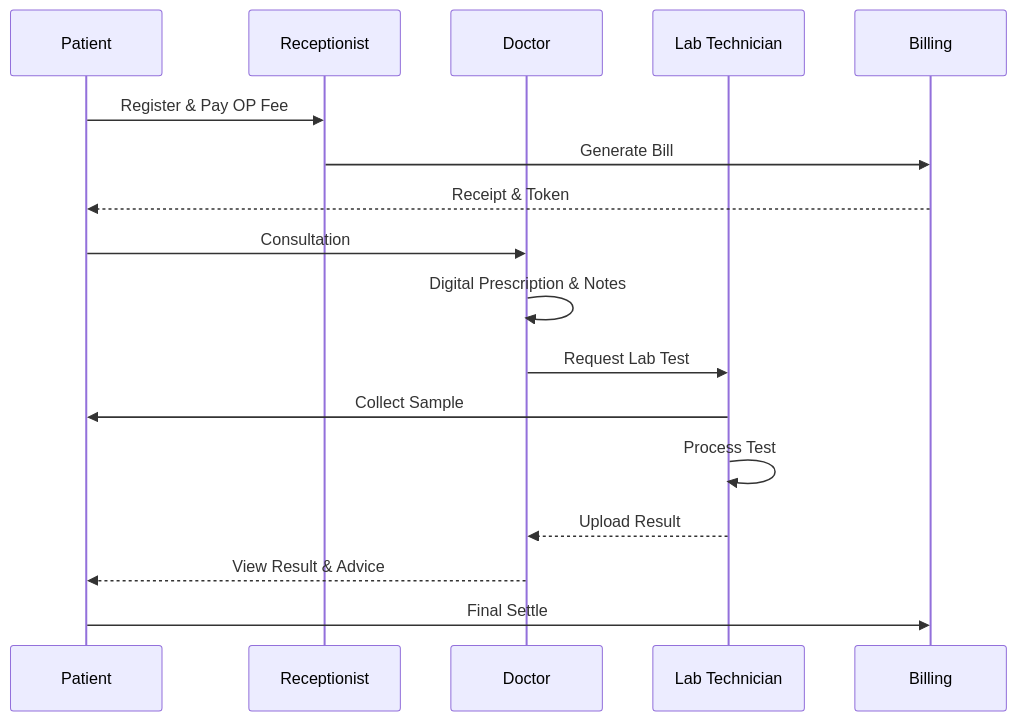
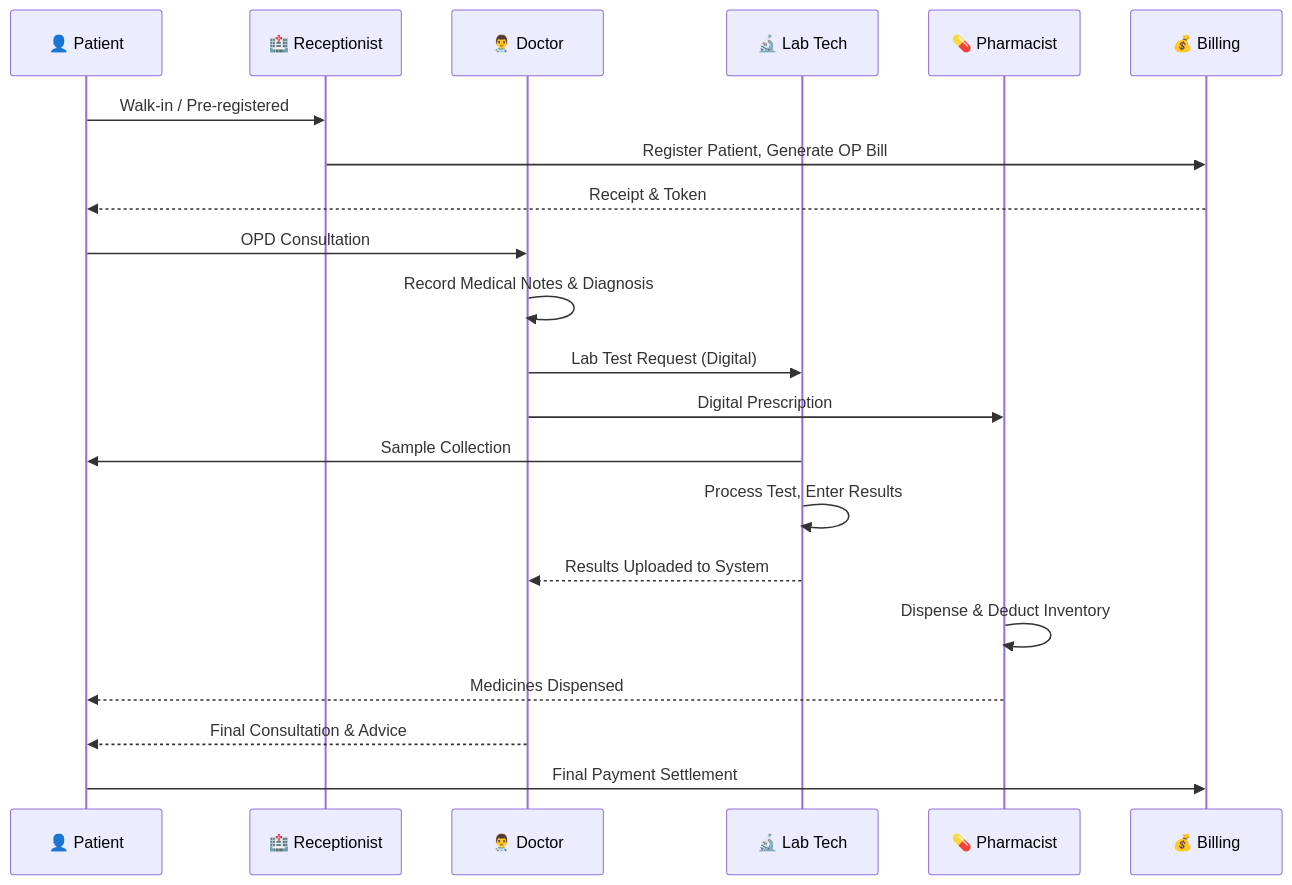
Before and after one commit to prawinkumar2k/server_hms: the third of 6 diagrams in README.md, drawn with Mermaid. The commit also changed other lines of this file, not shown here.

Commit message:
docs: rewrite README with elite production-grade documentation, architecture diagrams, and demo section

````diff
--- a/README.md
+++ b/README.md
@@ -103,20 +142,24 @@
 ```mermaid
 sequenceDiagram
-    participant P as Patient
-    participant R as Receptionist
-    participant D as Doctor
-    participant L as Lab Technician
-    participant B as Billing
+    participant P as 👤 Patient
+    participant R as 🏥 Receptionist
+    participant D as 👨‍⚕️ Doctor
+    participant L as 🔬 Lab Tech
+    participant Ph as 💊 Pharmacist
+    participant B as 💰 Billing
 
-    P->>R: Register & Pay OP Fee
-    R->>B: Generate Bill
+    P->>R: Walk-in / Pre-registered
+    R->>B: Register Patient, Generate OP Bill
     B-->>P: Receipt & Token
-    P->>D: Consultation
-    D->>D: Digital Prescription & Notes
-    D->>L: Request Lab Test
-    L->>P: Collect Sample
-    L->>L: Process Test
-    L-->>D: Upload Result
-    D-->>P: View Result & Advice
-    P->>B: Final Settle
+    P->>D: OPD Consultation
+    D->>D: Record Medical Notes & Diagnosis
+    D->>L: Lab Test Request (Digital)
+    D->>Ph: Digital Prescription
+    L->>P: Sample Collection
+    L->>L: Process Test, Enter Results
+    L-->>D: Results Uploaded to System
+    Ph->>Ph: Dispense & Deduct Inventory
+    Ph-->>P: Medicines Dispensed
+    D-->>P: Final Consultation & Advice
+    P->>B: Final Payment Settlement
 ```
````
